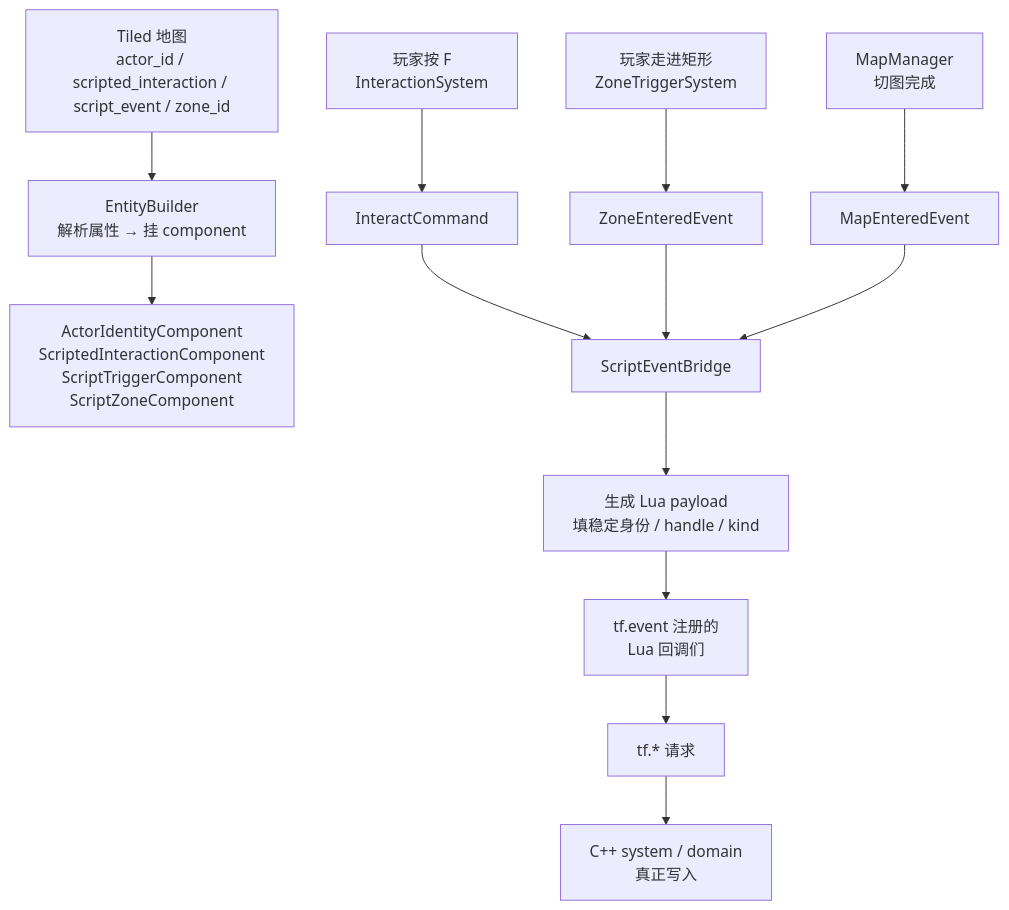
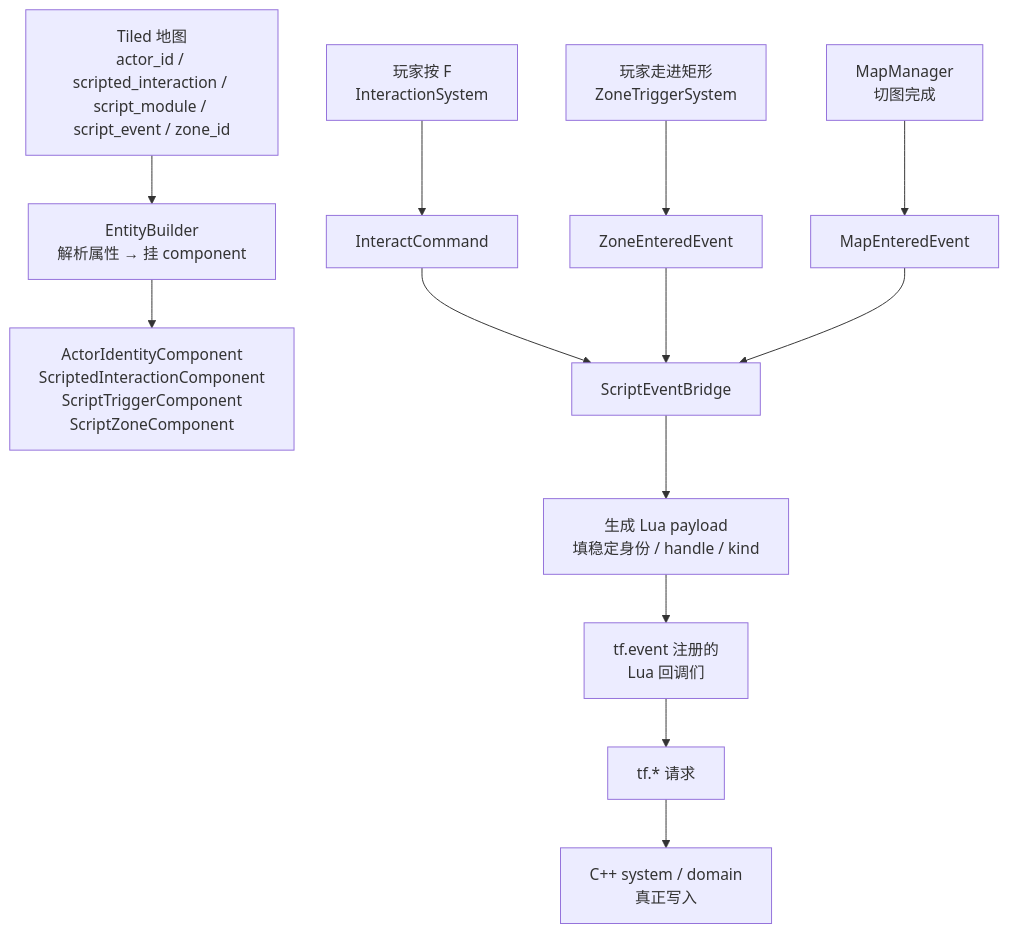
Before and after one commit to WispSnow/TinyFarmRPG: the first of 5 diagrams in lecture_plans/lectures/08-脚本事件桥与Tiled接入.md, drawn with Mermaid. The commit also changed other lines of this file and 12 other files, not shown here.

````diff
--- a/lecture_plans/lectures/08-脚本事件桥与Tiled接入.md
+++ b/lecture_plans/lectures/08-脚本事件桥与Tiled接入.md
@@ -56,15 +57,15 @@
 ```mermaid
 flowchart TD
-    TILED["Tiled 地图<br/>actor_id / scripted_interaction / script_event / zone_id"] --> LOAD["EntityBuilder<br/>解析属性 → 挂 component"]
+    TILED["Tiled 地图<br/>actor_id / scripted_interaction / script_module / script_event / zone_id"] --> LOAD["EntityBuilder<br/>解析属性 → 挂 component"]
     LOAD --> COMP["ActorIdentityComponent<br/>ScriptedInteractionComponent<br/>ScriptTriggerComponent<br/>ScriptZoneComponent"]
     INPUT["玩家按 F<br/>InteractionSystem"] --> CMD["InteractCommand"]
     ZONE["玩家走进矩形<br/>ZoneTriggerSystem"] --> ZEVT["ZoneEnteredEvent"]
     MAP["MapManager<br/>切图完成"] --> MEVT["MapEnteredEvent"]
     CMD --> BRIDGE["ScriptEventBridge"]
     ZEVT --> BRIDGE
     MEVT --> BRIDGE
     BRIDGE --> PAYLOAD["生成 Lua payload<br/>填稳定身份 / handle / kind"]
     PAYLOAD --> LUA["tf.event 注册的<br/>Lua 回调们"]
     LUA --> API["tf.* 请求"]
     API --> CPP["C++ system / domain<br/>真正写入"]
 ```
````
